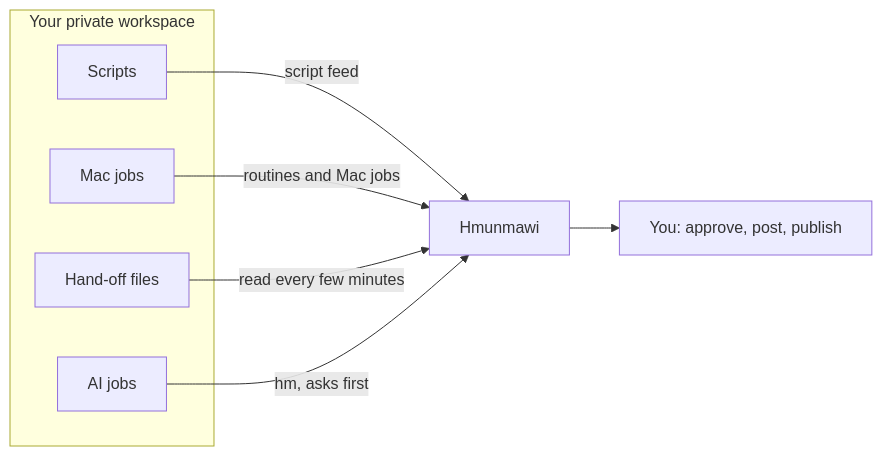
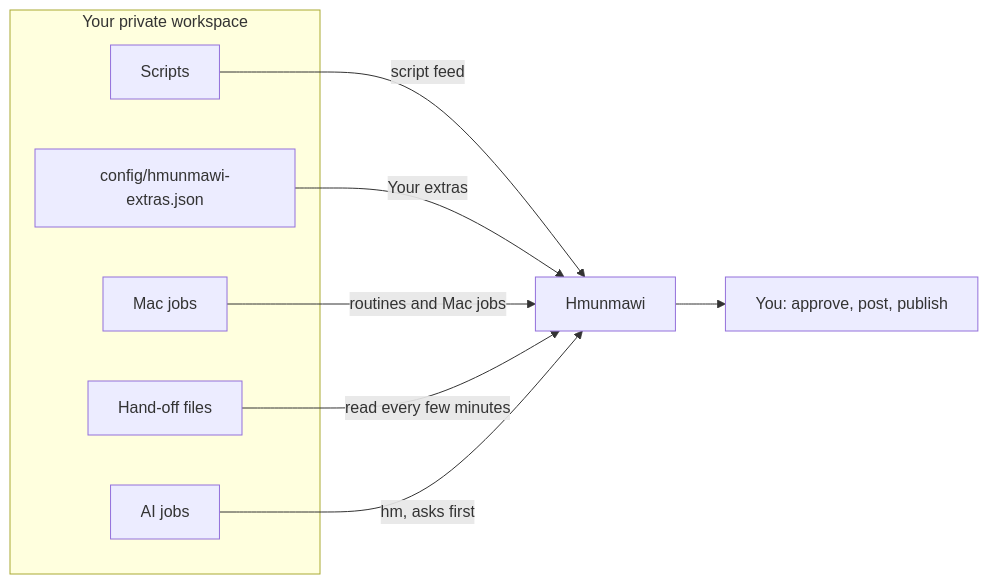
The first of 8 diagrams in docs/PRIVATE-WORKSPACE.md (priyevsingh/hmunmawi), drawn with Mermaid before and after one commit. The commit also changed other lines of this file and 39 other files, not shown here.

First line of the commit message:
Your extras: owner-only extras made generic for every user (1.5.0)

````diff
--- a/docs/PRIVATE-WORKSPACE.md
+++ b/docs/PRIVATE-WORKSPACE.md
@@ -22,14 +22,16 @@
 ```mermaid
 flowchart LR
     subgraph WS["Your private workspace"]
         S["Scripts"]
         J["Mac jobs"]
         F["Hand-off files"]
         AI["AI jobs"]
+        X["config/hmunmawi-extras.json"]
     end
     S -->|"script feed"| H["Hmunmawi"]
+    X -->|"Your extras"| H
     J -->|"routines and Mac jobs"| H
     F -->|"read every few minutes"| H
     AI -->|"hm, asks first"| H
     H --> Y["You: approve, post, publish"]
 ```
````
